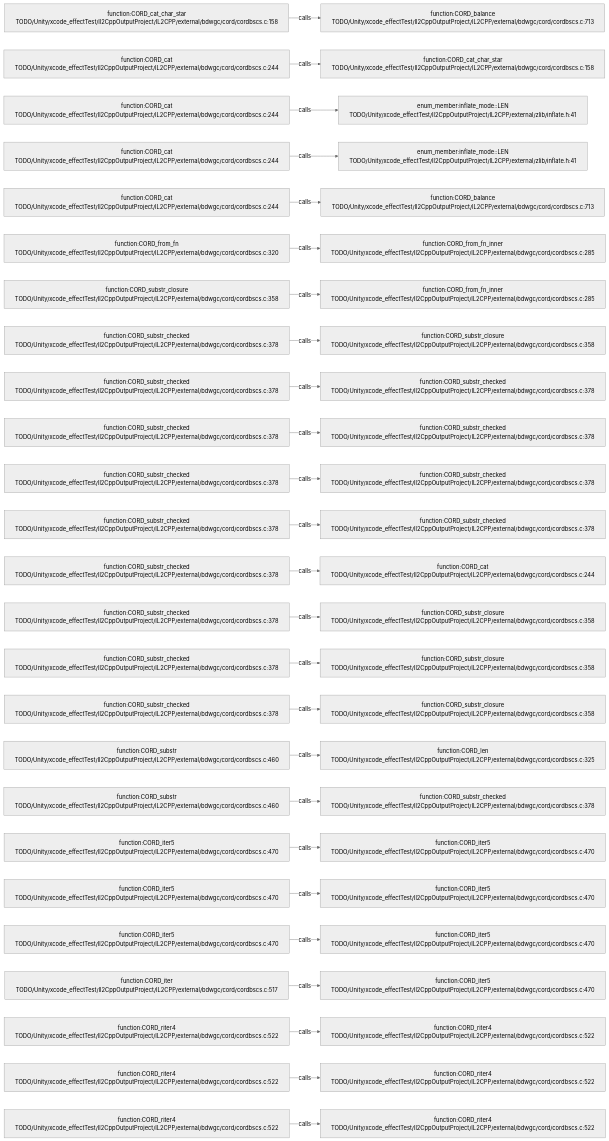
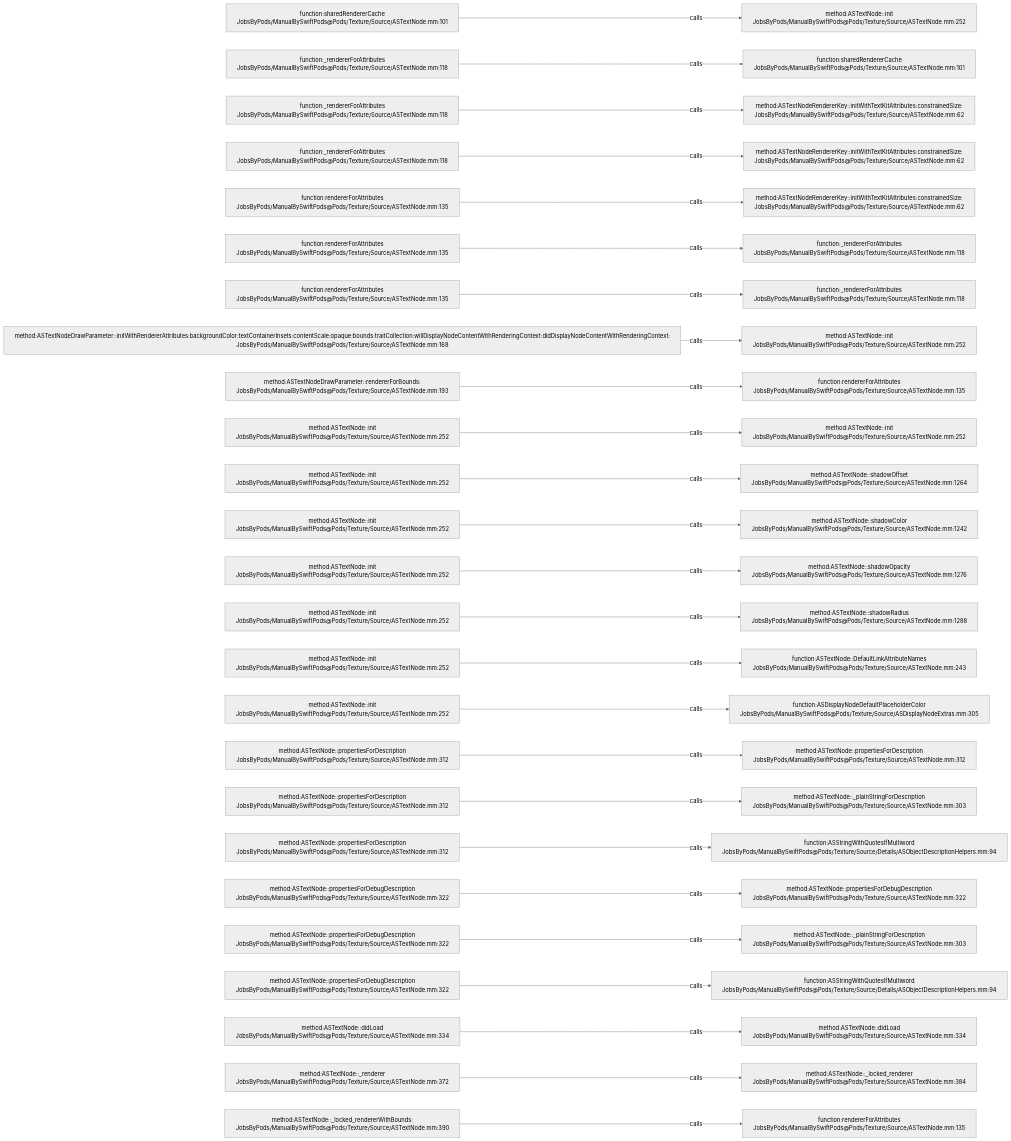
The diagram in .codegraph/codegraph.md/graphs/calls-084.md (JobsKits/JobsSwiftBaseConfigDemo), drawn with Mermaid (neutral theme) before and after one commit. The commit also changed 2959 other files, not shown here.

````diff
--- a/.codegraph/codegraph.md/graphs/calls-084.md
+++ b/.codegraph/codegraph.md/graphs/calls-084.md
@@ -13,78 +13,78 @@
 ```mermaid
 flowchart LR
-  S1["function:CORD_cat_char_star<br/>TODO/Unity/xcode_effectTest/Il2CppOutputProject/IL2CPP/external/bdwgc/cord/cordbscs.c:158"]
-  T1["function:CORD_balance<br/>TODO/Unity/xcode_effectTest/Il2CppOutputProject/IL2CPP/external/bdwgc/cord/cordbscs.c:713"]
+  S1["function:sharedRendererCache<br/>JobsByPods/ManualBySwiftPods@Pods/Texture/Source/ASTextNode.mm:101"]
+  T1["method:ASTextNode::init<br/>JobsByPods/ManualBySwiftPods@Pods/Texture/Source/ASTextNode.mm:252"]
   S1 -->|calls| T1
-  S2["function:CORD_cat<br/>TODO/Unity/xcode_effectTest/Il2CppOutputProject/IL2CPP/external/bdwgc/cord/cordbscs.c:244"]
-  T2["function:CORD_cat_char_star<br/>TODO/Unity/xcode_effectTest/Il2CppOutputProject/IL2CPP/external/bdwgc/cord/cordbscs.c:158"]
+  S2["function:_rendererForAttributes<br/>JobsByPods/ManualBySwiftPods@Pods/Texture/Source/ASTextNode.mm:118"]
+  T2["function:sharedRendererCache<br/>JobsByPods/ManualBySwiftPods@Pods/Texture/Source/ASTextNode.mm:101"]
   S2 -->|calls| T2
-  S3["function:CORD_cat<br/>TODO/Unity/xcode_effectTest/Il2CppOutputProject/IL2CPP/external/bdwgc/cord/cordbscs.c:244"]
-  T3["enum_member:inflate_mode::LEN<br/>TODO/Unity/xcode_effectTest/Il2CppOutputProject/IL2CPP/external/zlib/inflate.h:41"]
+  S3["function:_rendererForAttributes<br/>JobsByPods/ManualBySwiftPods@Pods/Texture/Source/ASTextNode.mm:118"]
+  T3["method:ASTextNodeRendererKey::initWithTextKitAttributes:constrainedSize:<br/>JobsByPods/ManualBySwiftPods@Pods/Texture/Source/ASTextNode.mm:62"]
   S3 -->|calls| T3
-  S4["function:CORD_cat<br/>TODO/Unity/xcode_effectTest/Il2CppOutputProject/IL2CPP/external/bdwgc/cord/cordbscs.c:244"]
-  T4["enum_member:inflate_mode::LEN<br/>TODO/Unity/xcode_effectTest/Il2CppOutputProject/IL2CPP/external/zlib/inflate.h:41"]
+  S4["function:_rendererForAttributes<br/>JobsByPods/ManualBySwiftPods@Pods/Texture/Source/ASTextNode.mm:118"]
+  T4["method:ASTextNodeRendererKey::initWithTextKitAttributes:constrainedSize:<br/>JobsByPods/ManualBySwiftPods@Pods/Texture/Source/ASTextNode.mm:62"]
   S4 -->|calls| T4
-  S5["function:CORD_cat<br/>TODO/Unity/xcode_effectTest/Il2CppOutputProject/IL2CPP/external/bdwgc/cord/cordbscs.c:244"]
-  T5["function:CORD_balance<br/>TODO/Unity/xcode_effectTest/Il2CppOutputProject/IL2CPP/external/bdwgc/cord/cordbscs.c:713"]
+  S5["function:rendererForAttributes<br/>JobsByPods/ManualBySwiftPods@Pods/Texture/Source/ASTextNode.mm:135"]
+  T5["method:ASTextNodeRendererKey::initWithTextKitAttributes:constrainedSize:<br/>JobsByPods/ManualBySwiftPods@Pods/Texture/Source/ASTextNode.mm:62"]
   S5 -->|calls| T5
-  S6["function:CORD_from_fn<br/>TODO/Unity/xcode_effectTest/Il2CppOutputProject/IL2CPP/external/bdwgc/cord/cordbscs.c:320"]
-  T6["function:CORD_from_fn_inner<br/>TODO/Unity/xcode_effectTest/Il2CppOutputProject/IL2CPP/external/bdwgc/cord/cordbscs.c:285"]
+  S6["function:rendererForAttributes<br/>JobsByPods/ManualBySwiftPods@Pods/Texture/Source/ASTextNode.mm:135"]
+  T6["function:_rendererForAttributes<br/>JobsByPods/ManualBySwiftPods@Pods/Texture/Source/ASTextNode.mm:118"]
   S6 -->|calls| T6
-  S7["function:CORD_substr_closure<br/>TODO/Unity/xcode_effectTest/Il2CppOutputProject/IL2CPP/external/bdwgc/cord/cordbscs.c:358"]
-  T7["function:CORD_from_fn_inner<br/>TODO/Unity/xcode_effectTest/Il2CppOutputProject/IL2CPP/external/bdwgc/cord/cordbscs.c:285"]
+  S7["function:rendererForAttributes<br/>JobsByPods/ManualBySwiftPods@Pods/Texture/Source/ASTextNode.mm:135"]
+  T7["function:_rendererForAttributes<br/>JobsByPods/ManualBySwiftPods@Pods/Texture/Source/ASTextNode.mm:118"]
   S7 -->|calls| T7
-  S8["function:CORD_substr_checked<br/>TODO/Unity/xcode_effectTest/Il2CppOutputProject/IL2CPP/external/bdwgc/cord/cordbscs.c:378"]
-  T8["function:CORD_substr_closure<br/>TODO/Unity/xcode_effectTest/Il2CppOutputProject/IL2CPP/external/bdwgc/cord/cordbscs.c:358"]
+  S8["method:ASTextNodeDrawParameter::initWithRendererAttributes:backgroundColor:textContainerInsets:contentScale:opaque:bounds:traitCollection:willDisplayNodeContentWithRenderingContext:didDisplayNodeContentWithRenderingContext:<br/>JobsByPods/ManualBySwiftPods@Pods/Texture/Source/ASTextNode.mm:168"]
+  T8["method:ASTextNode::init<br/>JobsByPods/ManualBySwiftPods@Pods/Texture/Source/ASTextNode.mm:252"]
   S8 -->|calls| T8
-  S9["function:CORD_substr_checked<br/>TODO/Unity/xcode_effectTest/Il2CppOutputProject/IL2CPP/external/bdwgc/cord/cordbscs.c:378"]
-  T9["function:CORD_substr_checked<br/>TODO/Unity/xcode_effectTest/Il2CppOutputProject/IL2CPP/external/bdwgc/cord/cordbscs.c:378"]
+  S9["method:ASTextNodeDrawParameter::rendererForBounds:<br/>JobsByPods/ManualBySwiftPods@Pods/Texture/Source/ASTextNode.mm:193"]
+  T9["function:rendererForAttributes<br/>JobsByPods/ManualBySwiftPods@Pods/Texture/Source/ASTextNode.mm:135"]
   S9 -->|calls| T9
-  S10["function:CORD_substr_checked<br/>TODO/Unity/xcode_effectTest/Il2CppOutputProject/IL2CPP/external/bdwgc/cord/cordbscs.c:378"]
-  T10["function:CORD_substr_checked<br/>TODO/Unity/xcode_effectTest/Il2CppOutputProject/IL2CPP/external/bdwgc/cord/cordbscs.c:378"]
+  S10["method:ASTextNode::init<br/>JobsByPods/ManualBySwiftPods@Pods/Texture/Source/ASTextNode.mm:252"]
+  T10["method:ASTextNode::init<br/>JobsByPods/ManualBySwiftPods@Pods/Texture/Source/ASTextNode.mm:252"]
   S10 -->|calls| T10
-  S11["function:CORD_substr_checked<br/>TODO/Unity/xcode_effectTest/Il2CppOutputProject/IL2CPP/external/bdwgc/cord/cordbscs.c:378"]
-  T11["function:CORD_substr_checked<br/>TODO/Unity/xcode_effectTest/Il2CppOutputProject/IL2CPP/external/bdwgc/cord/cordbscs.c:378"]
+  S11["method:ASTextNode::init<br/>JobsByPods/ManualBySwiftPods@Pods/Texture/Source/ASTextNode.mm:252"]
+  T11["method:ASTextNode::shadowOffset<br/>JobsByPods/ManualBySwiftPods@Pods/Texture/Source/ASTextNode.mm:1264"]
   S11 -->|calls| T11
-  S12["function:CORD_substr_checked<br/>TODO/Unity/xcode_effectTest/Il2CppOutputProject/IL2CPP/external/bdwgc/cord/cordbscs.c:378"]
-  T12["function:CORD_substr_checked<br/>TODO/Unity/xcode_effectTest/Il2CppOutputProject/IL2CPP/external/bdwgc/cord/cordbscs.c:378"]
+  S12["method:ASTextNode::init<br/>JobsByPods/ManualBySwiftPods@Pods/Texture/Source/ASTextNode.mm:252"]
+  T12["method:ASTextNode::shadowColor<br/>JobsByPods/ManualBySwiftPods@Pods/Texture/Source/ASTextNode.mm:1242"]
   S12 -->|calls| T12
-  S13["function:CORD_substr_checked<br/>TODO/Unity/xcode_effectTest/Il2CppOutputProject/IL2CPP/external/bdwgc/cord/cordbscs.c:378"]
-  T13["function:CORD_cat<br/>TODO/Unity/xcode_effectTest/Il2CppOutputProject/IL2CPP/external/bdwgc/cord/cordbscs.c:244"]
+  S13["method:ASTextNode::init<br/>JobsByPods/ManualBySwiftPods@Pods/Texture/Source/ASTextNode.mm:252"]
+  T13["method:ASTextNode::shadowOpacity<br/>JobsByPods/ManualBySwiftPods@Pods/Texture/Source/ASTextNode.mm:1276"]
   S13 -->|calls| T13
-  S14["function:CORD_substr_checked<br/>TODO/Unity/xcode_effectTest/Il2CppOutputProject/IL2CPP/external/bdwgc/cord/cordbscs.c:378"]
-  T14["function:CORD_substr_closure<br/>TODO/Unity/xcode_effectTest/Il2CppOutputProject/IL2CPP/external/bdwgc/cord/cordbscs.c:358"]
+  S14["method:ASTextNode::init<br/>JobsByPods/ManualBySwiftPods@Pods/Texture/Source/ASTextNode.mm:252"]
+  T14["method:ASTextNode::shadowRadius<br/>JobsByPods/ManualBySwiftPods@Pods/Texture/Source/ASTextNode.mm:1288"]
   S14 -->|calls| T14
-  S15["function:CORD_substr_checked<br/>TODO/Unity/xcode_effectTest/Il2CppOutputProject/IL2CPP/external/bdwgc/cord/cordbscs.c:378"]
-  T15["function:CORD_substr_closure<br/>TODO/Unity/xcode_effectTest/Il2CppOutputProject/IL2CPP/external/bdwgc/cord/cordbscs.c:358"]
+  S15["method:ASTextNode::init<br/>JobsByPods/ManualBySwiftPods@Pods/Texture/Source/ASTextNode.mm:252"]
+  T15["function:ASTextNode::DefaultLinkAttributeNames<br/>JobsByPods/ManualBySwiftPods@Pods/Texture/Source/ASTextNode.mm:243"]
   S15 -->|calls| T15
-  S16["function:CORD_substr_checked<br/>TODO/Unity/xcode_effectTest/Il2CppOutputProject/IL2CPP/external/bdwgc/cord/cordbscs.c:378"]
-  T16["function:CORD_substr_closure<br/>TODO/Unity/xcode_effectTest/Il2CppOutputProject/IL2CPP/external/bdwgc/cord/cordbscs.c:358"]
+  S16["method:ASTextNode::init<br/>JobsByPods/ManualBySwiftPods@Pods/Texture/Source/ASTextNode.mm:252"]
+  T16["function:ASDisplayNodeDefaultPlaceholderColor<br/>JobsByPods/ManualBySwiftPods@Pods/Texture/Source/ASDisplayNodeExtras.mm:305"]
   S16 -->|calls| T16
-  S17["function:CORD_substr<br/>TODO/Unity/xcode_effectTest/Il2CppOutputProject/IL2CPP/external/bdwgc/cord/cordbscs.c:460"]
-  T17["function:CORD_len<br/>TODO/Unity/xcode_effectTest/Il2CppOutputProject/IL2CPP/external/bdwgc/cord/cordbscs.c:325"]
+  S17["method:ASTextNode::propertiesForDescription<br/>JobsByPods/ManualBySwiftPods@Pods/Texture/Source/ASTextNode.mm:312"]
+  T17["method:ASTextNode::propertiesForDescription<br/>JobsByPods/ManualBySwiftPods@Pods/Texture/Source/ASTextNode.mm:312"]
   S17 -->|calls| T17
-  S18["function:CORD_substr<br/>TODO/Unity/xcode_effectTest/Il2CppOutputProject/IL2CPP/external/bdwgc/cord/cordbscs.c:460"]
-  T18["function:CORD_substr_checked<br/>TODO/Unity/xcode_effectTest/Il2CppOutputProject/IL2CPP/external/bdwgc/cord/cordbscs.c:378"]
+  S18["method:ASTextNode::propertiesForDescription<br/>JobsByPods/ManualBySwiftPods@Pods/Texture/Source/ASTextNode.mm:312"]
+  T18["method:ASTextNode::_plainStringForDescription<br/>JobsByPods/ManualBySwiftPods@Pods/Texture/Source/ASTextNode.mm:303"]
   S18 -->|calls| T18
-  S19["function:CORD_iter5<br/>TODO/Unity/xcode_effectTest/Il2CppOutputProject/IL2CPP/external/bdwgc/cord/cordbscs.c:470"]
-  T19["function:CORD_iter5<br/>TODO/Unity/xcode_effectTest/Il2CppOutputProject/IL2CPP/external/bdwgc/cord/cordbscs.c:470"]
+  S19["method:ASTextNode::propertiesForDescription<br/>JobsByPods/ManualBySwiftPods@Pods/Texture/Source/ASTextNode.mm:312"]
+  T19["function:ASStringWithQuotesIfMultiword<br/>JobsByPods/ManualBySwiftPods@Pods/Texture/Source/Details/ASObjectDescriptionHelpers.mm:94"]
   S19 -->|calls| T19
-  S20["function:CORD_iter5<br/>TODO/Unity/xcode_effectTest/Il2CppOutputProject/IL2CPP/external/bdwgc/cord/cordbscs.c:470"]
-  T20["function:CORD_iter5<br/>TODO/Unity/xcode_effectTest/Il2CppOutputProject/IL2CPP/external/bdwgc/cord/cordbscs.c:470"]
+  S20["method:ASTextNode::propertiesForDebugDescription<br/>JobsByPods/ManualBySwiftPods@Pods/Texture/Source/ASTextNode.mm:322"]
+  T20["method:ASTextNode::propertiesForDebugDescription<br/>JobsByPods/ManualBySwiftPods@Pods/Texture/Source/ASTextNode.mm:322"]
   S20 -->|calls| T20
-  S21["function:CORD_iter5<br/>TODO/Unity/xcode_effectTest/Il2CppOutputProject/IL2CPP/external/bdwgc/cord/cordbscs.c:470"]
-  T21["function:CORD_iter5<br/>TODO/Unity/xcode_effectTest/Il2CppOutputProject/IL2CPP/external/bdwgc/cord/cordbscs.c:470"]
+  S21["method:ASTextNode::propertiesForDebugDescription<br/>JobsByPods/ManualBySwiftPods@Pods/Texture/Source/ASTextNode.mm:322"]
+  T21["method:ASTextNode::_plainStringForDescription<br/>JobsByPods/ManualBySwiftPods@Pods/Texture/Source/ASTextNode.mm:303"]
   S21 -->|calls| T21
-  S22["function:CORD_iter<br/>TODO/Unity/xcode_effectTest/Il2CppOutputProject/IL2CPP/external/bdwgc/cord/cordbscs.c:517"]
-  T22["function:CORD_iter5<br/>TODO/Unity/xcode_effectTest/Il2CppOutputProject/IL2CPP/external/bdwgc/cord/cordbscs.c:470"]
+  S22["method:ASTextNode::propertiesForDebugDescription<br/>JobsByPods/ManualBySwiftPods@Pods/Texture/Source/ASTextNode.mm:322"]
+  T22["function:ASStringWithQuotesIfMultiword<br/>JobsByPods/ManualBySwiftPods@Pods/Texture/Source/Details/ASObjectDescriptionHelpers.mm:94"]
   S22 -->|calls| T22
-  S23["function:CORD_riter4<br/>TODO/Unity/xcode_effectTest/Il2CppOutputProject/IL2CPP/external/bdwgc/cord/cordbscs.c:522"]
-  T23["function:CORD_riter4<br/>TODO/Unity/xcode_effectTest/Il2CppOutputProject/IL2CPP/external/bdwgc/cord/cordbscs.c:522"]
+  S23["method:ASTextNode::didLoad<br/>JobsByPods/ManualBySwiftPods@Pods/Texture/Source/ASTextNode.mm:334"]
+  T23["method:ASTextNode::didLoad<br/>JobsByPods/ManualBySwiftPods@Pods/Texture/Source/ASTextNode.mm:334"]
   S23 -->|calls| T23
-  S24["function:CORD_riter4<br/>TODO/Unity/xcode_effectTest/Il2CppOutputProject/IL2CPP/external/bdwgc/cord/cordbscs.c:522"]
-  T24["function:CORD_riter4<br/>TODO/Unity/xcode_effectTest/Il2CppOutputProject/IL2CPP/external/bdwgc/cord/cordbscs.c:522"]
+  S24["method:ASTextNode::_renderer<br/>JobsByPods/ManualBySwiftPods@Pods/Texture/Source/ASTextNode.mm:372"]
+  T24["method:ASTextNode::_locked_renderer<br/>JobsByPods/ManualBySwiftPods@Pods/Texture/Source/ASTextNode.mm:384"]
   S24 -->|calls| T24
-  S25["function:CORD_riter4<br/>TODO/Unity/xcode_effectTest/Il2CppOutputProject/IL2CPP/external/bdwgc/cord/cordbscs.c:522"]
-  T25["function:CORD_riter4<br/>TODO/Unity/xcode_effectTest/Il2CppOutputProject/IL2CPP/external/bdwgc/cord/cordbscs.c:522"]
+  S25["method:ASTextNode::_locked_rendererWithBounds:<br/>JobsByPods/ManualBySwiftPods@Pods/Texture/Source/ASTextNode.mm:390"]
+  T25["function:rendererForAttributes<br/>JobsByPods/ManualBySwiftPods@Pods/Texture/Source/ASTextNode.mm:135"]
   S25 -->|calls| T25
 ```
````
